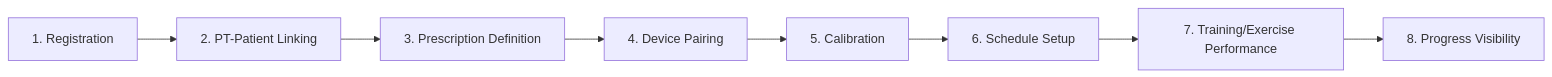
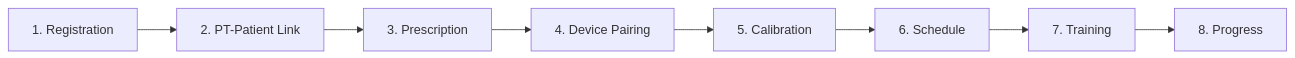
Before and after one commit to seanja5/realrehab-mvp: the fourth of 7 diagrams in docs/DATA_STORY_PRESENTATION.md, drawn with Mermaid. The commit also changed other lines of this file, not shown here.

Commit message:
Restructure data story presentation: 8 slides, simple diagrams for professor

````diff
--- a/docs/DATA_STORY_PRESENTATION.md
+++ b/docs/DATA_STORY_PRESENTATION.md
@@ -19,10 +65,10 @@
 ```mermaid
 flowchart LR
-    M1[1. Registration] --> M2[2. PT-Patient Linking]
-    M2 --> M3[3. Prescription Definition]
+    M1[1. Registration] --> M2[2. PT-Patient Link]
+    M2 --> M3[3. Prescription]
     M3 --> M4[4. Device Pairing]
     M4 --> M5[5. Calibration]
-    M5 --> M6[6. Schedule Setup]
-    M6 --> M7[7. Training/Exercise Performance]
-    M7 --> M8[8. Progress Visibility]
+    M5 --> M6[6. Schedule]
+    M6 --> M7[7. Training]
+    M7 --> M8[8. Progress]
 ```
````
